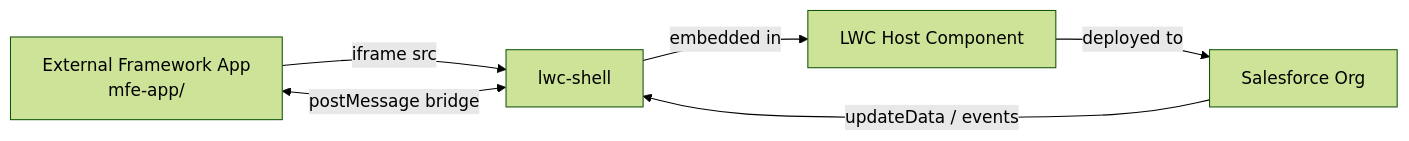
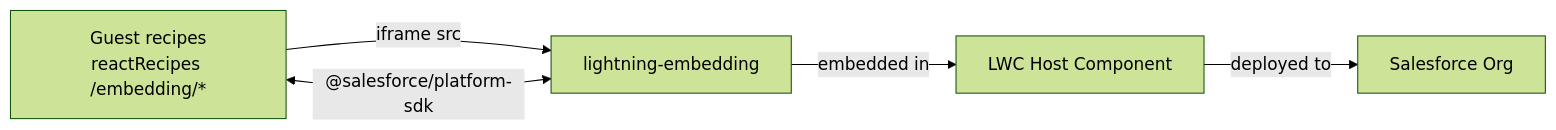
One commit to trailheadapps/multiframework-recipes changed the second of 2 diagrams in README.md. Above: the diagram before and after it, drawn with Mermaid (forest theme). The commit also changed other lines of this file and 111 other files, not shown here.

````diff
--- a/README.md
+++ b/README.md
@@ -45,8 +45,7 @@
 ```mermaid
 graph LR
-    A[External Framework App<br/>mfe-app/] -->|iframe src| B[lwc-shell]
+    A[Guest recipes<br/>reactRecipes /embedding/*] -->|iframe src| B[lightning-embedding]
     B -->|embedded in| C[LWC Host Component]
     C -->|deployed to| D[Salesforce Org]
-    B <-->|postMessage bridge| A
-    D -->|updateData / events| B
+    A <-->|"@salesforce/platform-sdk"| B
 ```
````
